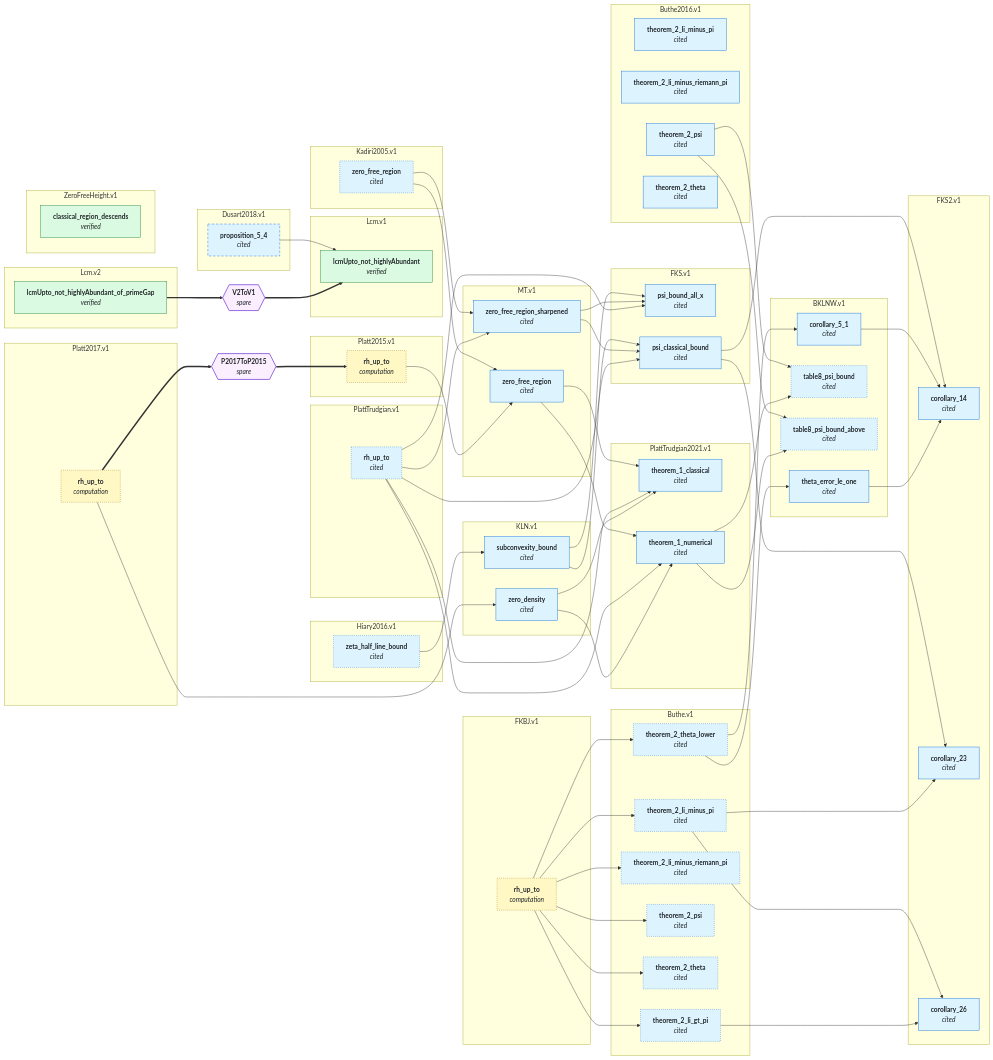
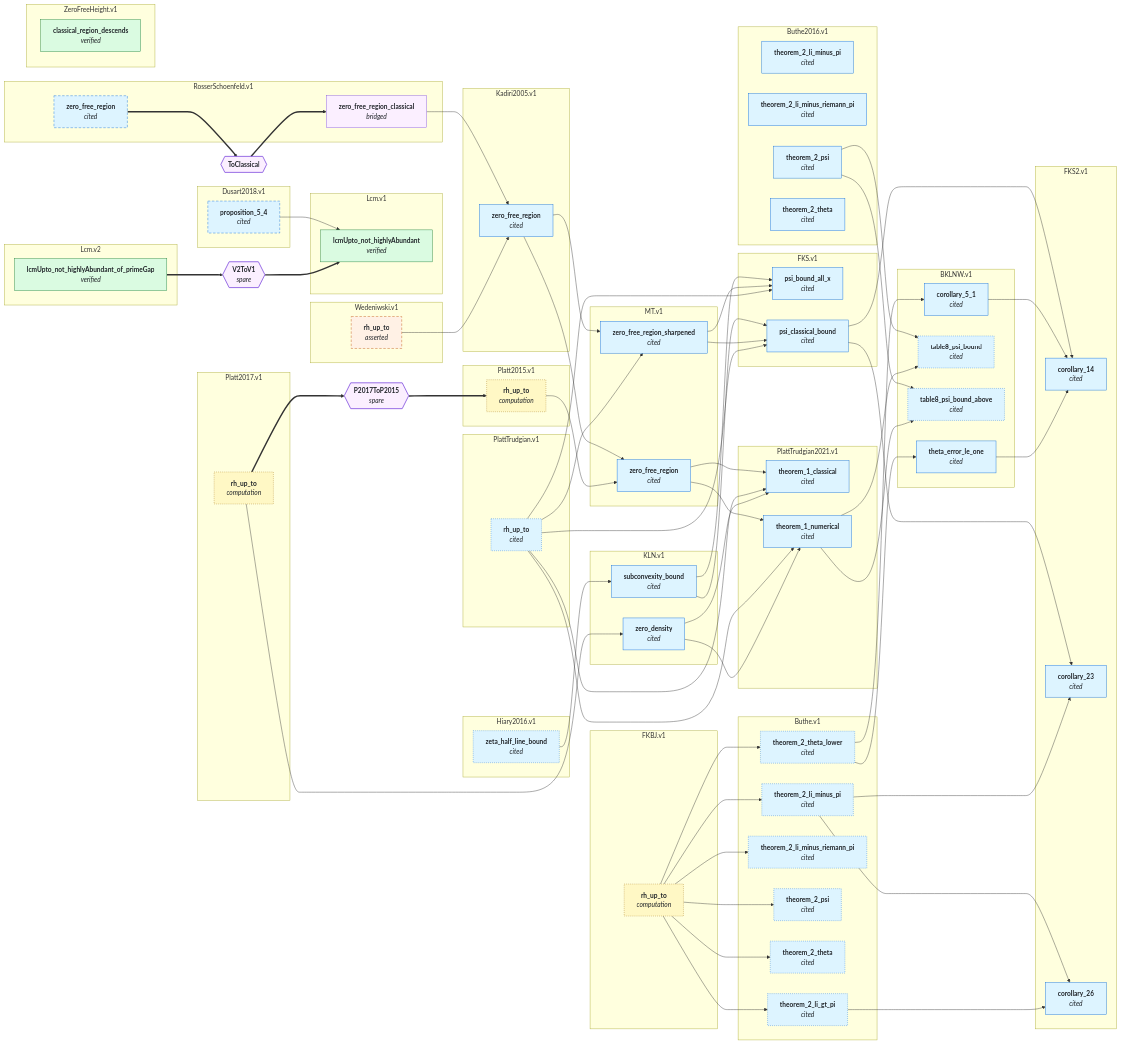
Before and after one commit to teorth/IEANTN: the second of 2 diagrams in GRAPH.md, drawn with Mermaid. The commit also changed other lines of this file and 17 other files, not shown here.

First line of the commit message:
Rosser-Schoenfeld, Wedeniwski, and Kadiri2005 at first hand

````diff
--- a/GRAPH.md
+++ b/GRAPH.md
@@ -197,6 +204,13 @@
     PlattTrudgian2021_v1_theorem_1_classical["<b>theorem_1_classical</b><br/><i>cited</i>"]
     PlattTrudgian2021_v1_theorem_1_numerical["<b>theorem_1_numerical</b><br/><i>cited</i>"]
   end
+  subgraph sgRosserSchoenfeld_v1["RosserSchoenfeld.v1"]
+    RosserSchoenfeld_v1_zero_free_region["<b>zero_free_region</b><br/><i>cited</i>"]
+    RosserSchoenfeld_v1_zero_free_region_classical["<b>zero_free_region_classical</b><br/><i>bridged</i>"]
+  end
+  subgraph sgWedeniwski_v1["Wedeniwski.v1"]
+    Wedeniwski_v1_rh_up_to["<b>rh_up_to</b><br/><i>asserted</i>"]
+  end
   subgraph sgZeroFreeHeight_v1["ZeroFreeHeight.v1"]
     ZeroFreeHeight_v1_classical_region_descends["<b>classical_region_descends</b><br/><i>verified</i>"]
   end
@@ -227,6 +241,8 @@
   Buthe_v1_theorem_2_li_gt_pi --> FKS2_v1_corollary_26
   Hiary2016_v1_zeta_half_line_bound --> KLN_v1_subconvexity_bound
   Platt2017_v1_rh_up_to --> KLN_v1_zero_density
+  RosserSchoenfeld_v1_zero_free_region_classical --> Kadiri2005_v1_zero_free_region
+  Wedeniwski_v1_rh_up_to --> Kadiri2005_v1_zero_free_region
   Dusart2018_v1_proposition_5_4 --> Lcm_v1_lcmUpto_not_highlyAbundant
   Kadiri2005_v1_zero_free_region --> MT_v1_zero_free_region
   Platt2015_v1_rh_up_to --> MT_v1_zero_free_region
@@ -244,6 +260,9 @@
   BRPlatt2015_v1_rh_up_to__bridge_from_platt2017{{"<b>P2017ToP2015</b><br/><i>spare</i>"}}
   Platt2017_v1_rh_up_to ==> BRPlatt2015_v1_rh_up_to__bridge_from_platt2017
   BRPlatt2015_v1_rh_up_to__bridge_from_platt2017 ==> Platt2015_v1_rh_up_to
+  BRRosserSchoenfeld_v1_zero_free_region_classical__bridge_from_shape{{"<b>ToClassical</b>"}}
+  RosserSchoenfeld_v1_zero_free_region ==> BRRosserSchoenfeld_v1_zero_free_region_classical__bridge_from_shape
+  BRRosserSchoenfeld_v1_zero_free_region_classical__bridge_from_shape ==> RosserSchoenfeld_v1_zero_free_region_classical
   style BKLNW_v1_table8_psi_bound stroke-dasharray: 2 3;
   style BKLNW_v1_table8_psi_bound_above stroke-dasharray: 2 3;
   style Buthe_v1_theorem_2_li_gt_pi stroke-dasharray: 2 3;
@@ -255,10 +274,11 @@
   style Dusart2018_v1_proposition_5_4 stroke-dasharray: 6 4;
   style FKBJ_v1_rh_up_to stroke-dasharray: 2 3;
   style Hiary2016_v1_zeta_half_line_bound stroke-dasharray: 2 3;
-  style Kadiri2005_v1_zero_free_region stroke-dasharray: 2 3;
   style Platt2015_v1_rh_up_to stroke-dasharray: 2 3;
   style Platt2017_v1_rh_up_to stroke-dasharray: 2 3;
   style PlattTrudgian_v1_rh_up_to stroke-dasharray: 2 3;
+  style RosserSchoenfeld_v1_zero_free_region stroke-dasharray: 6 4;
+  style Wedeniwski_v1_rh_up_to stroke-dasharray: 6 4;
   classDef lean_comparator fill:#dafbe1,stroke:#1a7f37,color:#1f2328;
   classDef numerical fill:#fff8c5,stroke:#9a6700,color:#1f2328;
   classDef literature fill:#ddf4ff,stroke:#0969da,color:#1f2328;
@@ -266,9 +286,11 @@
   classDef bridged fill:#fbefff,stroke:#8250df,color:#1f2328;
   classDef none_yet fill:#ffebe9,stroke:#cf222e,color:#1f2328;
   classDef bridge fill:#fbefff,stroke:#8250df,color:#1f2328,stroke-width:2px;
-  class BRLcm_v1_lcmUpto_not_highlyAbundant__bridge_from_v2,BRPlatt2015_v1_rh_up_to__bridge_from_platt2017 bridge;
+  class BRLcm_v1_lcmUpto_not_highlyAbundant__bridge_from_v2,BRPlatt2015_v1_rh_up_to__bridge_from_platt2017,BRRosserSchoenfeld_v1_zero_free_region_classical__bridge_from_shape bridge;
+  class Wedeniwski_v1_rh_up_to asserted;
+  class RosserSchoenfeld_v1_zero_free_region_classical bridged;
   class Lcm_v1_lcmUpto_not_highlyAbundant,Lcm_v2_lcmUpto_not_highlyAbundant_of_primeGap,ZeroFreeHeight_v1_classical_region_descends lean_comparator;
-  class BKLNW_v1_corollary_5_1,BKLNW_v1_table8_psi_bound,BKLNW_v1_table8_psi_bound_above,BKLNW_v1_theta_error_le_one,Buthe_v1_theorem_2_li_gt_pi,Buthe_v1_theorem_2_li_minus_pi,Buthe_v1_theorem_2_li_minus_riemann_pi,Buthe_v1_theorem_2_psi,Buthe_v1_theorem_2_theta,Buthe_v1_theorem_2_theta_lower,Buthe2016_v1_theorem_2_li_minus_pi,Buthe2016_v1_theorem_2_li_minus_riemann_pi,Buthe2016_v1_theorem_2_psi,Buthe2016_v1_theorem_2_theta,Dusart2018_v1_proposition_5_4,FKS_v1_psi_bound_all_x,FKS_v1_psi_classical_bound,FKS2_v1_corollary_14,FKS2_v1_corollary_23,FKS2_v1_corollary_26,Hiary2016_v1_zeta_half_line_bound,KLN_v1_subconvexity_bound,KLN_v1_zero_density,Kadiri2005_v1_zero_free_region,MT_v1_zero_free_region,MT_v1_zero_free_region_sharpened,PlattTrudgian_v1_rh_up_to,PlattTrudgian2021_v1_theorem_1_classical,PlattTrudgian2021_v1_theorem_1_numerical literature;
+  class BKLNW_v1_corollary_5_1,BKLNW_v1_table8_psi_bound,BKLNW_v1_table8_psi_bound_above,BKLNW_v1_theta_error_le_one,Buthe_v1_theorem_2_li_gt_pi,Buthe_v1_theorem_2_li_minus_pi,Buthe_v1_theorem_2_li_minus_riemann_pi,Buthe_v1_theorem_2_psi,Buthe_v1_theorem_2_theta,Buthe_v1_theorem_2_theta_lower,Buthe2016_v1_theorem_2_li_minus_pi,Buthe2016_v1_theorem_2_li_minus_riemann_pi,Buthe2016_v1_theorem_2_psi,Buthe2016_v1_theorem_2_theta,Dusart2018_v1_proposition_5_4,FKS_v1_psi_bound_all_x,FKS_v1_psi_classical_bound,FKS2_v1_corollary_14,FKS2_v1_corollary_23,FKS2_v1_corollary_26,Hiary2016_v1_zeta_half_line_bound,KLN_v1_subconvexity_bound,KLN_v1_zero_density,Kadiri2005_v1_zero_free_region,MT_v1_zero_free_region,MT_v1_zero_free_region_sharpened,PlattTrudgian_v1_rh_up_to,PlattTrudgian2021_v1_theorem_1_classical,PlattTrudgian2021_v1_theorem_1_numerical,RosserSchoenfeld_v1_zero_free_region literature;
   class FKBJ_v1_rh_up_to,Platt2015_v1_rh_up_to,Platt2017_v1_rh_up_to numerical;
   click BKLNW_v1_corollary_5_1 href "https://github.com/teorth/IEANTN/blob/main/docs/nodes/BKLNW-v1.md#corollary_5_1" _blank
   click BKLNW_v1_table8_psi_bound href "https://github.com/teorth/IEANTN/blob/main/docs/nodes/BKLNW-v1.md#table8_psi_bound" _blank
@@ -304,5 +326,8 @@
   click PlattTrudgian_v1_rh_up_to href "https://github.com/teorth/IEANTN/blob/main/docs/nodes/PlattTrudgian-v1.md#rh_up_to" _blank
   click PlattTrudgian2021_v1_theorem_1_classical href "https://github.com/teorth/IEANTN/blob/main/docs/nodes/PlattTrudgian2021-v1.md#theorem_1_classical" _blank
   click PlattTrudgian2021_v1_theorem_1_numerical href "https://github.com/teorth/IEANTN/blob/main/docs/nodes/PlattTrudgian2021-v1.md#theorem_1_numerical" _blank
+  click RosserSchoenfeld_v1_zero_free_region href "https://github.com/teorth/IEANTN/blob/main/docs/nodes/RosserSchoenfeld-v1.md#zero_free_region" _blank
+  click RosserSchoenfeld_v1_zero_free_region_classical href "https://github.com/teorth/IEANTN/blob/main/docs/nodes/RosserSchoenfeld-v1.md#zero_free_region_classical" _blank
+  click Wedeniwski_v1_rh_up_to href "https://github.com/teorth/IEANTN/blob/main/docs/nodes/Wedeniwski-v1.md#rh_up_to" _blank
   click ZeroFreeHeight_v1_classical_region_descends href "https://github.com/teorth/IEANTN/blob/main/docs/nodes/ZeroFreeHeight-v1.md#classical_region_descends" _blank
 ```
````
